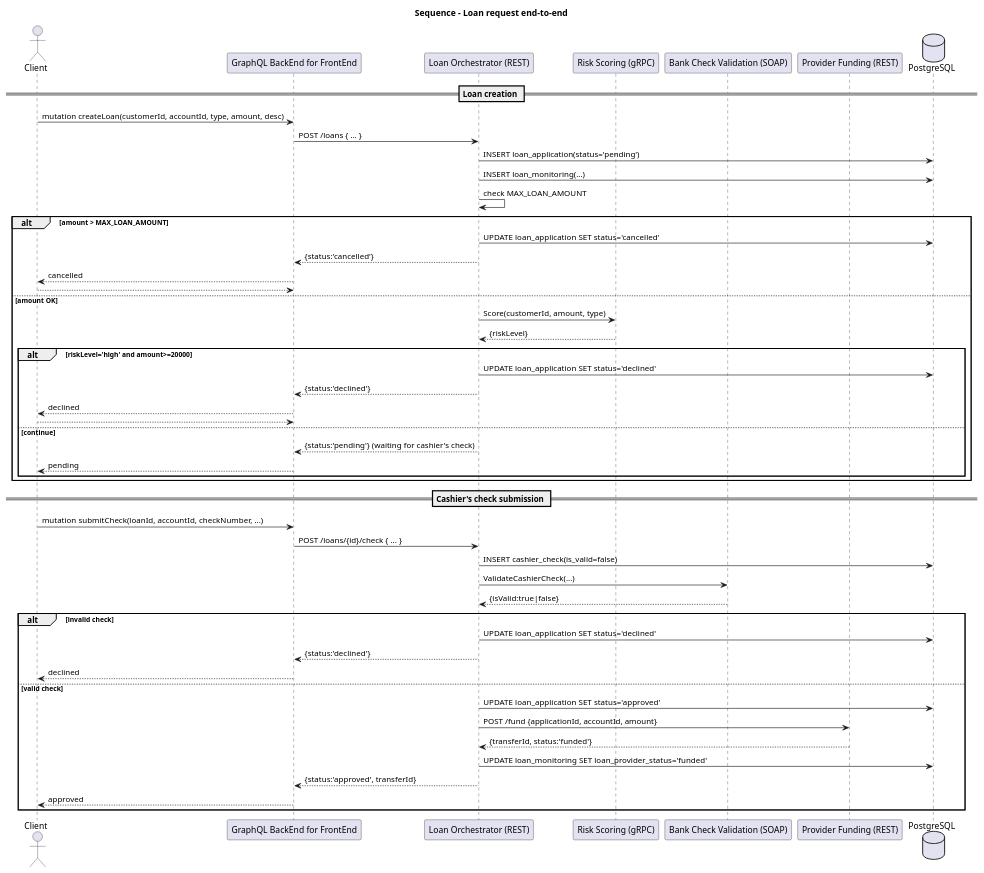
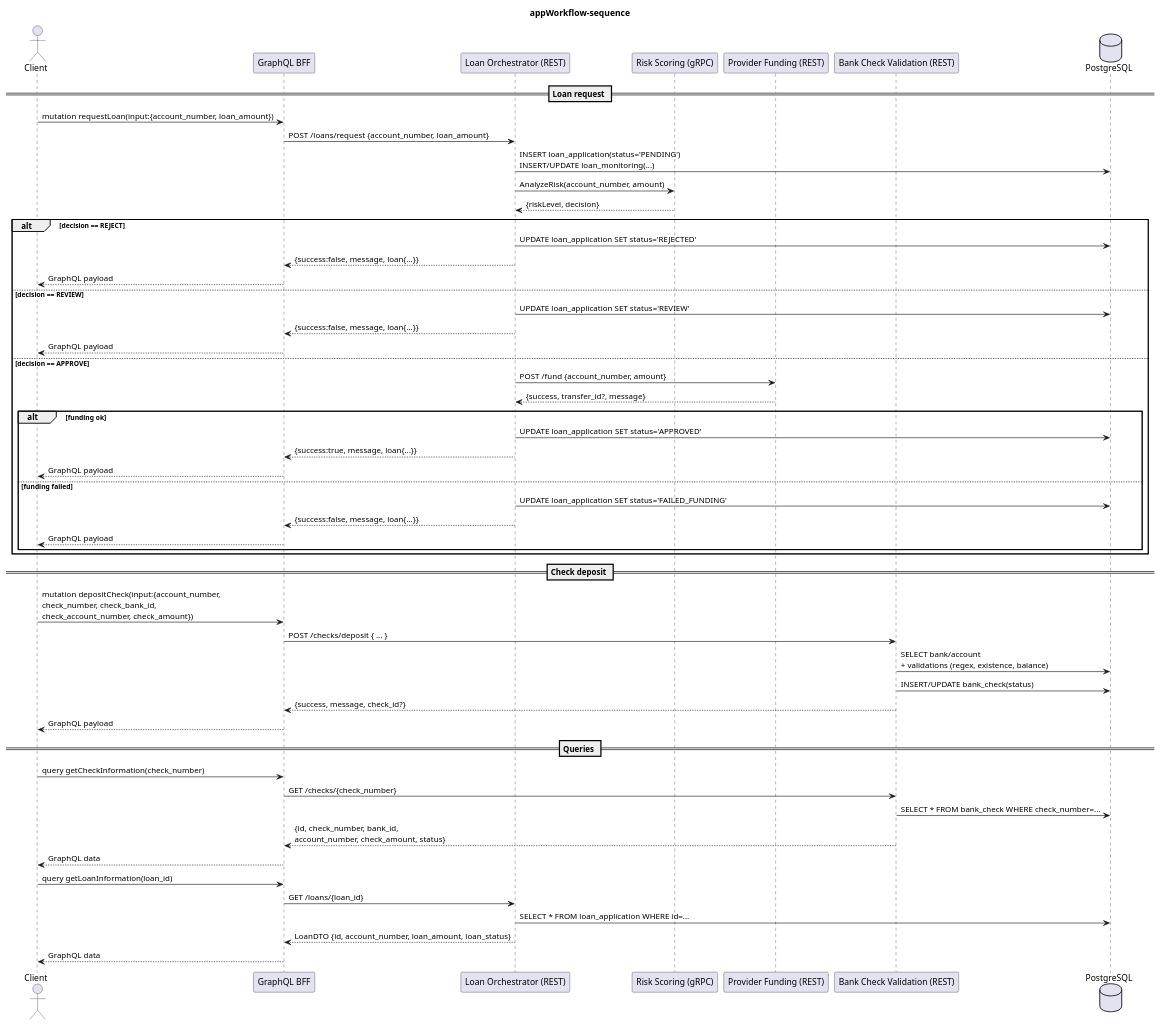
The diagram in Documentation/ApplicationWorkflow/appWorkflow-Sequence.puml (LouisChrl/Loan-Simulation-Service), drawn with PlantUML before and after one commit. The commit also changed 1 other file, not shown here.

Commit message:
Documentation : Updated the sequence diagram

```diff
--- a/Documentation/ApplicationWorkflow/appWorkflow-Sequence.puml
+++ b/Documentation/ApplicationWorkflow/appWorkflow-Sequence.puml
@@ -1,56 +1,77 @@
 @startuml
-title Sequence – Loan request end-to-end
+title appWorkflow-sequence
+
+skinparam shadowing false
+skinparam wrapWidth 240
+skinparam defaultFontName Monospace
 
 actor Client
-participant "GraphQL BackEnd for FrontEnd" as BFF
+participant "GraphQL BFF" as BFF
 participant "Loan Orchestrator (REST)" as ORCH
 participant "Risk Scoring (gRPC)" as RISK
-participant "Bank Check Validation (SOAP)" as SOAP
 participant "Provider Funding (REST)" as PROV
+participant "Bank Check Validation (REST)" as CHECK
 database "PostgreSQL" as DB
 
-== Loan creation ==
-Client -> BFF : mutation createLoan(customerId, accountId, type, amount, desc)
-BFF -> ORCH : POST /loans { ... }
-ORCH -> DB : INSERT loan_application(status='pending')
-ORCH -> DB : INSERT loan_monitoring(...)
-ORCH -> ORCH : check MAX_LOAN_AMOUNT
-alt amount > MAX_LOAN_AMOUNT
-  ORCH -> DB : UPDATE loan_application SET status='cancelled'
-  ORCH --> BFF : {status:'cancelled'}
-  BFF --> Client : cancelled
-  return
-else amount OK
-  ORCH -> RISK : Score(customerId, amount, type)
-  RISK --> ORCH : {riskLevel}
-  alt riskLevel='high' and amount>=20000
-    ORCH -> DB : UPDATE loan_application SET status='declined'
-    ORCH --> BFF : {status:'declined'}
-    BFF --> Client : declined
-    return
-  else continue
-    ORCH --> BFF : {status:'pending'} (waiting for cashier's check)
-    BFF --> Client : pending
+' =========================
+' Loan request (mutation)
+' =========================
+== Loan request ==
+Client -> BFF : mutation requestLoan(input:{account_number, loan_amount})
+BFF -> ORCH : POST /loans/request {account_number, loan_amount}
+
+ORCH -> DB : INSERT loan_application(status='PENDING')\nINSERT/UPDATE loan_monitoring(...)
+ORCH -> RISK : AnalyzeRisk(account_number, amount)
+RISK --> ORCH : {riskLevel, decision}
+
+alt decision == REJECT
+  ORCH -> DB : UPDATE loan_application SET status='REJECTED'
+  ORCH --> BFF : {success:false, message, loan{...}}
+  BFF --> Client : GraphQL payload
+else decision == REVIEW
+  ORCH -> DB : UPDATE loan_application SET status='REVIEW'
+  ORCH --> BFF : {success:false, message, loan{...}}
+  BFF --> Client : GraphQL payload
+else decision == APPROVE
+  ORCH -> PROV : POST /fund {account_number, amount}
+  PROV --> ORCH : {success, transfer_id?, message}
+  alt funding ok
+    ORCH -> DB : UPDATE loan_application SET status='APPROVED'
+    ORCH --> BFF : {success:true, message, loan{...}}
+    BFF --> Client : GraphQL payload
+  else funding failed
+    ORCH -> DB : UPDATE loan_application SET status='FAILED_FUNDING'
+    ORCH --> BFF : {success:false, message, loan{...}}
+    BFF --> Client : GraphQL payload
   end
 end
 
-== Cashier's check submission ==
-Client -> BFF : mutation submitCheck(loanId, accountId, checkNumber, ...)
-BFF -> ORCH : POST /loans/{id}/check { ... }
-ORCH -> DB : INSERT cashier_check(is_valid=false)
-ORCH -> SOAP : ValidateCashierCheck(...)
-SOAP --> ORCH : {isValid:true|false}
-alt invalid check
-  ORCH -> DB : UPDATE loan_application SET status='declined'
-  ORCH --> BFF : {status:'declined'}
-  BFF --> Client : declined
-else valid check
-  ORCH -> DB : UPDATE loan_application SET status='approved'
-  ORCH -> PROV : POST /fund {applicationId, accountId, amount}
-  PROV --> ORCH : {transferId, status:'funded'}
-  ORCH -> DB : UPDATE loan_monitoring SET loan_provider_status='funded'
-  ORCH --> BFF : {status:'approved', transferId}
-  BFF --> Client : approved
-end
+' =========================
+' Check deposit (mutation)
+' =========================
+== Check deposit ==
+Client -> BFF : mutation depositCheck(input:{account_number,\ncheck_number, check_bank_id,\ncheck_account_number, check_amount})
+BFF -> CHECK : POST /checks/deposit { ... }
+
+CHECK -> DB : SELECT bank/account\n+ validations (regex, existence, balance)
+CHECK -> DB : INSERT/UPDATE bank_check(status)
+CHECK --> BFF : {success, message, check_id?}
+BFF --> Client : GraphQL payload
+
+' =========================
+' Queries (reads)
+' =========================
+== Queries ==
+Client -> BFF : query getCheckInformation(check_number)
+BFF -> CHECK : GET /checks/{check_number}
+CHECK -> DB : SELECT * FROM bank_check WHERE check_number=...
+CHECK --> BFF : {id, check_number, bank_id,\naccount_number, check_amount, status}
+BFF --> Client : GraphQL data
+
+Client -> BFF : query getLoanInformation(loan_id)
+BFF -> ORCH : GET /loans/{loan_id}
+ORCH -> DB : SELECT * FROM loan_application WHERE id=...
+ORCH --> BFF : LoanDTO {id, account_number, loan_amount, loan_status}
+BFF --> Client : GraphQL data
 
 @enduml
```
